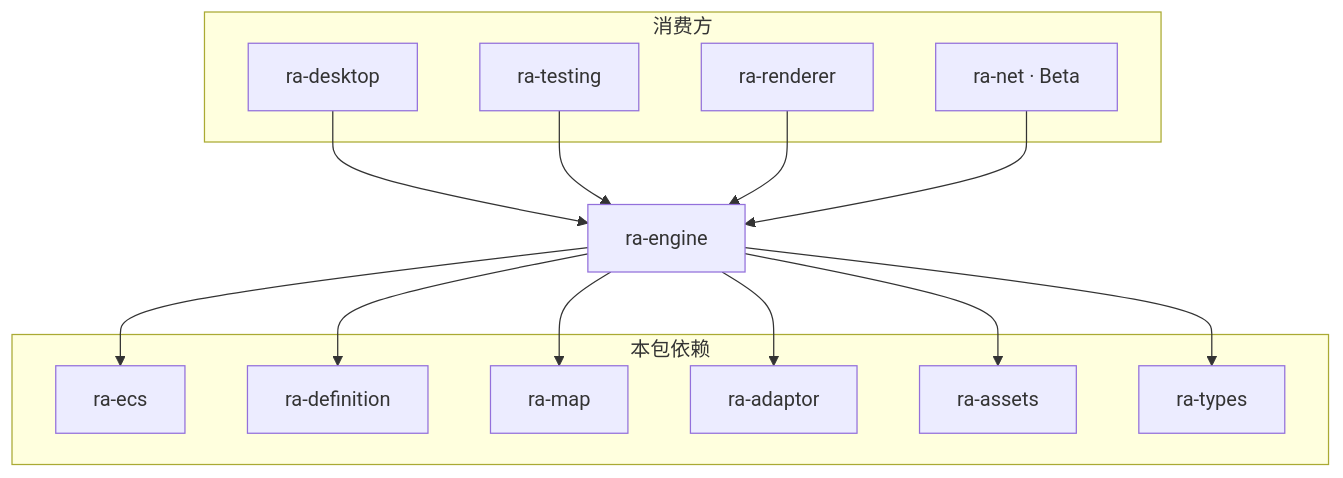
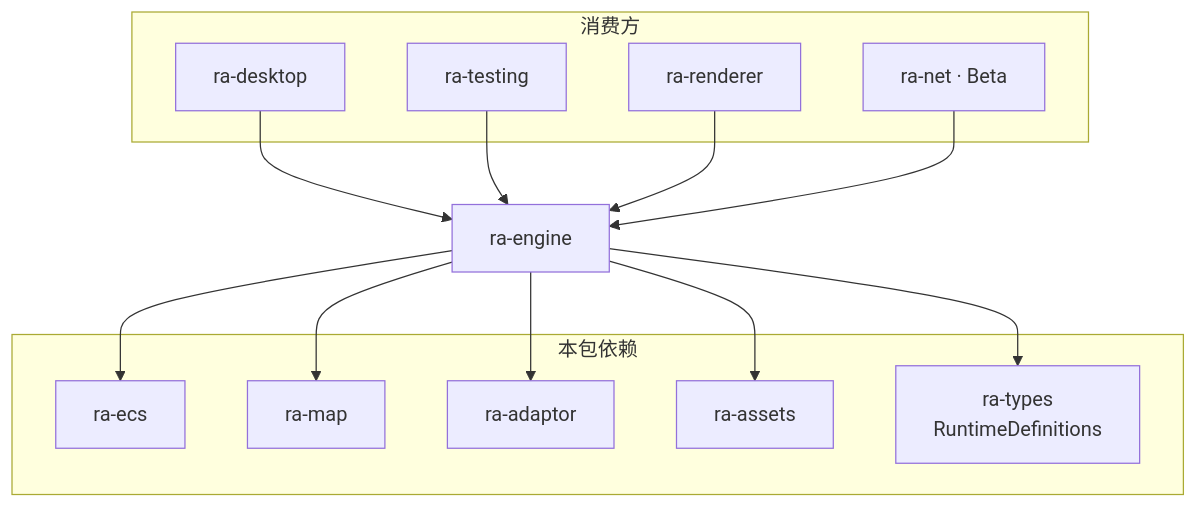
Before and after one commit to rust-alert/ra2.exe: the second of 4 diagrams in projects/ra-engine/readme.md, drawn with Mermaid. The commit also changed other lines of this file and 46 other files, not shown here.

First line of the commit message:
♻️ Fold `RuntimeDefinitions` into `ra-types` and drop `ra-definition`

````diff
--- a/projects/ra-engine/readme.md
+++ b/projects/ra-engine/readme.md
@@ -29,31 +22,29 @@
 ```mermaid
 flowchart TB
   subgraph consumers["消费方"]
     desk[ra-desktop]
     test[ra-testing]
     ren[ra-renderer]
     net[ra-net · Beta]
   end
 
   eng[ra-engine]
 
   subgraph deps["本包依赖"]
     ecs[ra-ecs]
-    def[ra-definition]
     map[ra-map]
     ad[ra-adaptor]
     assets[ra-assets]
-    types[ra-types]
+    types["ra-types<br/>RuntimeDefinitions"]
   end
 
   desk --> eng
   test --> eng
   ren --> eng
   net --> eng
   eng --> ecs
-  eng --> def
   eng --> map
   eng --> ad
   eng --> assets
   eng --> types
 ```
````
